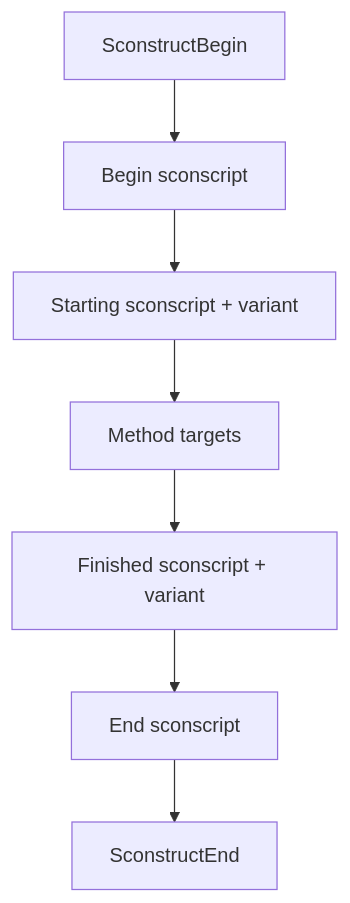
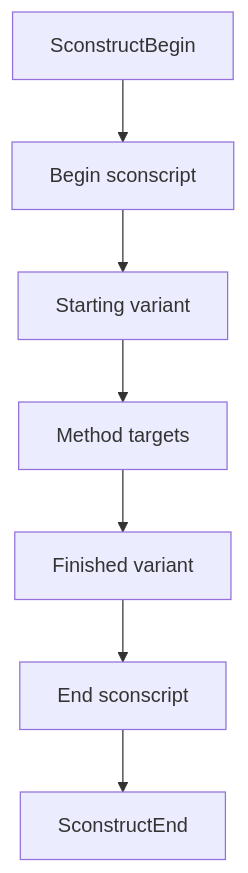
The diagram in docs/modules/ROOT/pages/methods.adoc (ja11sop/cuppa), drawn with Mermaid before and after one commit. The commit also changed other lines of this file and 2 other files, not shown here.

```diff
--- a/docs/modules/ROOT/pages/methods.adoc
+++ b/docs/modules/ROOT/pages/methods.adoc
@@ -27,10 +26,10 @@
 [mermaid]
 ....
 flowchart TD
     SB[SconstructBegin] --> B[Begin sconscript]
-    B --> ST[Starting sconscript + variant]
+    B --> ST[Starting variant]
     ST --> T[Method targets]
-    T --> F[Finished sconscript + variant]
+    T --> F[Finished variant]
     F --> E[End sconscript]
     E --> SE[SconstructEnd]
 ....
```
